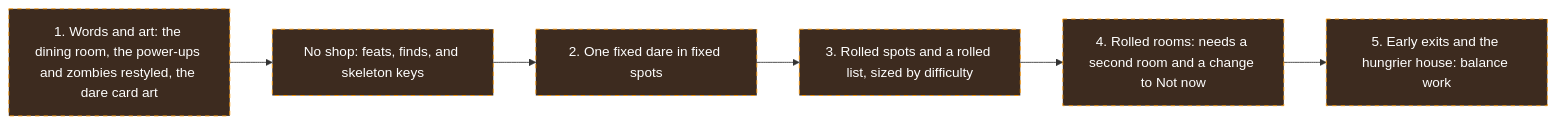
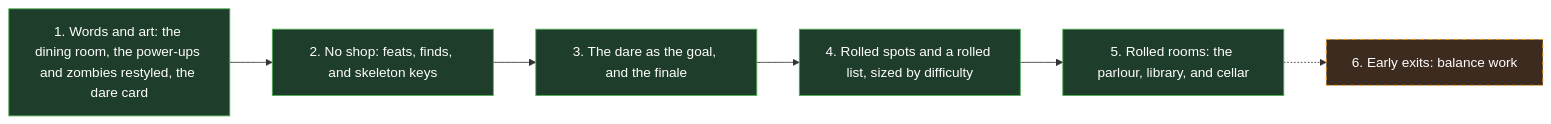
One commit to Tanner-Scadden/munch-manor changed the seventh of 7 diagrams in FLOW.md. Above: the diagram before and after it, drawn with Mermaid. The commit also changed other lines of this file and 5 other files, not shown here.

````diff
--- a/FLOW.md
+++ b/FLOW.md
@@ -223,10 +221,11 @@
 ```mermaid
 flowchart LR
-  words[1. Words and art: the dining room, the power-ups and zombies restyled, the dare card art]:::proposed --> noShop[No shop: feats, finds, and skeleton keys]:::proposed
-  noShop --> fixed[2. One fixed dare in fixed spots]:::proposed
-  fixed --> spots[3. Rolled spots and a rolled list, sized by difficulty]:::proposed
-  spots --> rooms[4. Rolled rooms: needs a second room and a change to Not now]:::proposed
-  rooms --> leave[5. Early exits and the hungrier house: balance work]:::proposed
+  words[1. Words and art: the dining room, the power-ups and zombies restyled, the dare card]:::built --> noShop[2. No shop: feats, finds, and skeleton keys]:::built
+  noShop --> fixed[3. The dare as the goal, and the finale]:::built
+  fixed --> spots[4. Rolled spots and a rolled list, sized by difficulty]:::built
+  spots --> rooms[5. Rolled rooms: the parlour, library, and cellar]:::built
+  rooms -.-> leave[6. Early exits: balance work]:::proposed
 
+  classDef built fill:#1f3d2b,stroke:#4caf50,color:#fff
   classDef proposed fill:#3d2b1f,stroke:#ff9800,color:#fff,stroke-dasharray: 5 5
 ```
````
